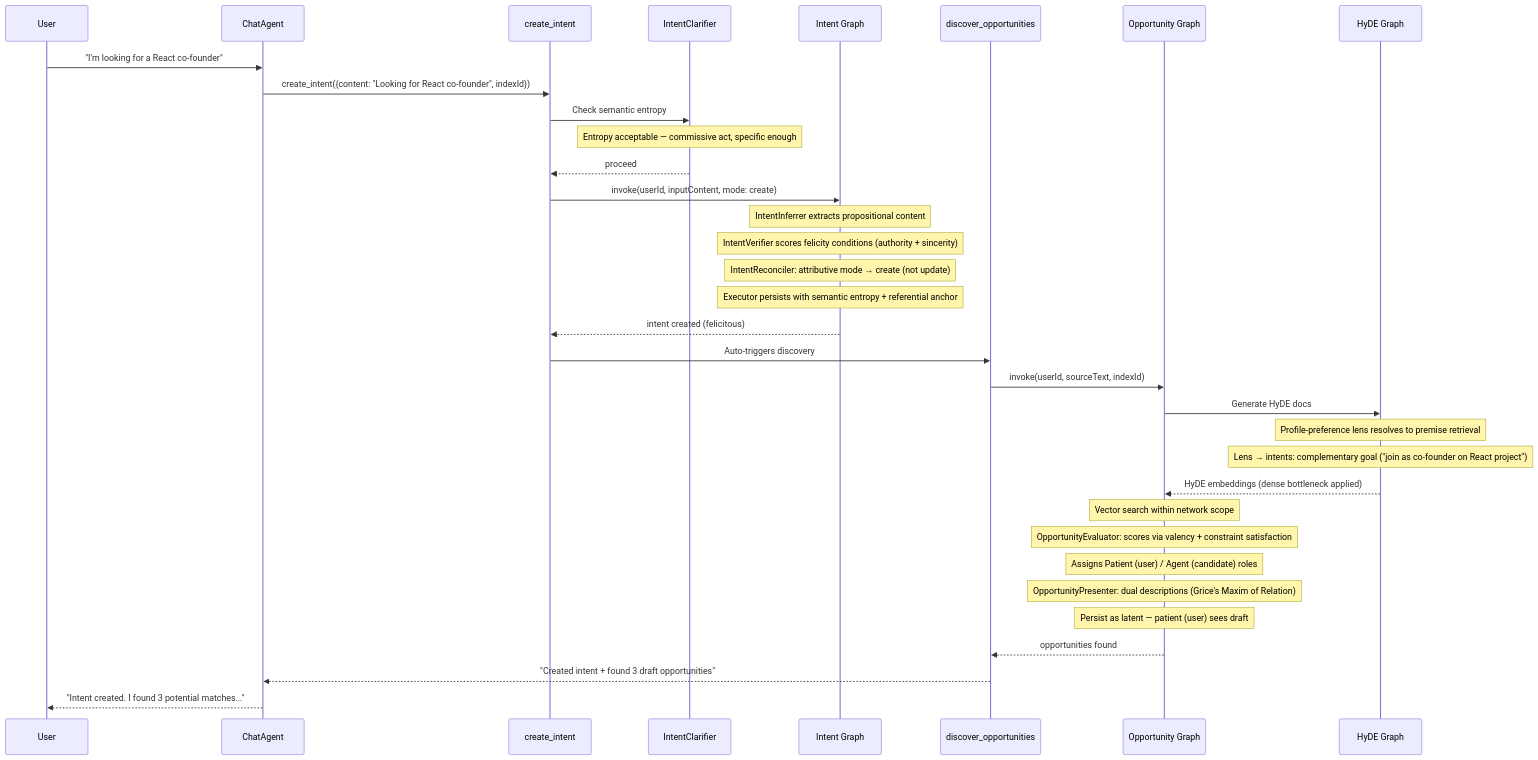
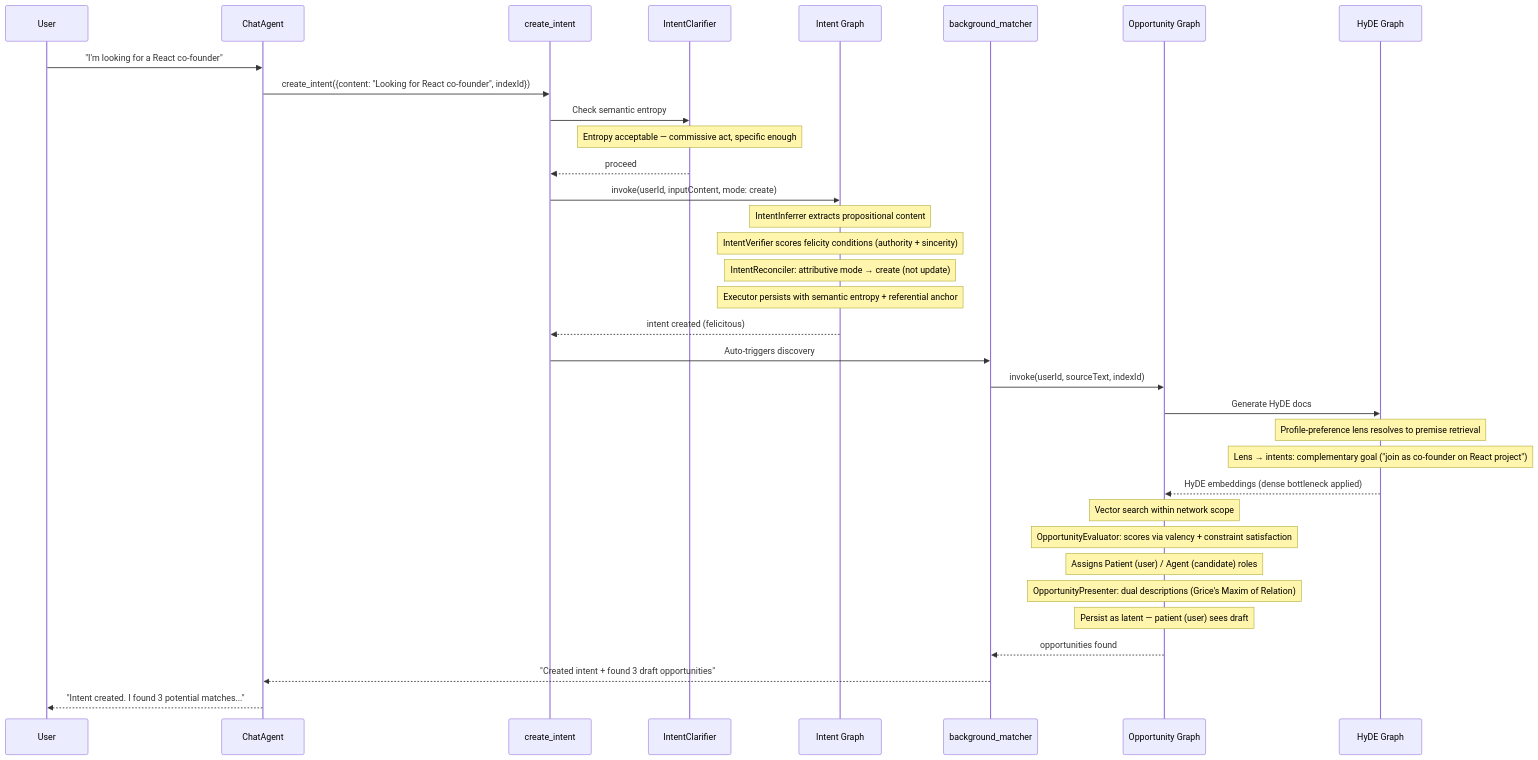
The fourth of 5 diagrams in packages/protocol/src/README.md (indexnetwork/index), drawn with Mermaid before and after one commit. The commit also changed other lines of this file and 5 other files, not shown here.

````diff
--- a/packages/protocol/src/README.md
+++ b/packages/protocol/src/README.md
@@ -223,43 +223,43 @@
 ```mermaid
 sequenceDiagram
     participant User
     participant Agent as ChatAgent
     participant CI as create_intent
     participant IC as IntentClarifier
     participant IG as Intent Graph
-    participant CO as discover_opportunities
+    participant CO as background_matcher
     participant OG as Opportunity Graph
     participant HG as HyDE Graph
 
     User->>Agent: "I'm looking for a React co-founder"
     Agent->>CI: create_intent({content: "Looking for React co-founder", indexId})
 
     CI->>IC: Check semantic entropy
     Note over IC: Entropy acceptable — commissive act, specific enough
     IC-->>CI: proceed
 
     CI->>IG: invoke(userId, inputContent, mode: create)
     Note over IG: IntentInferrer extracts propositional content
     Note over IG: IntentVerifier scores felicity conditions (authority + sincerity)
     Note over IG: IntentReconciler: attributive mode → create (not update)
     Note over IG: Executor persists with semantic entropy + referential anchor
 
     IG-->>CI: intent created (felicitous)
     CI->>CO: Auto-triggers discovery
     CO->>OG: invoke(userId, sourceText, indexId)
 
     OG->>HG: Generate HyDE docs
     Note over HG: Profile-preference lens resolves to premise retrieval
     Note over HG: Lens → intents: complementary goal ("join as co-founder on React project")
     HG-->>OG: HyDE embeddings (dense bottleneck applied)
 
     Note over OG: Vector search within network scope
     Note over OG: OpportunityEvaluator: scores via valency + constraint satisfaction
     Note over OG: Assigns Patient (user) / Agent (candidate) roles
     Note over OG: OpportunityPresenter: dual descriptions (Grice's Maxim of Relation)
     Note over OG: Persist as latent — patient (user) sees draft
 
     OG-->>CO: opportunities found
     CO-->>Agent: "Created intent + found 3 draft opportunities"
     Agent-->>User: "Intent created. I found 3 potential matches..."
 ```
````
